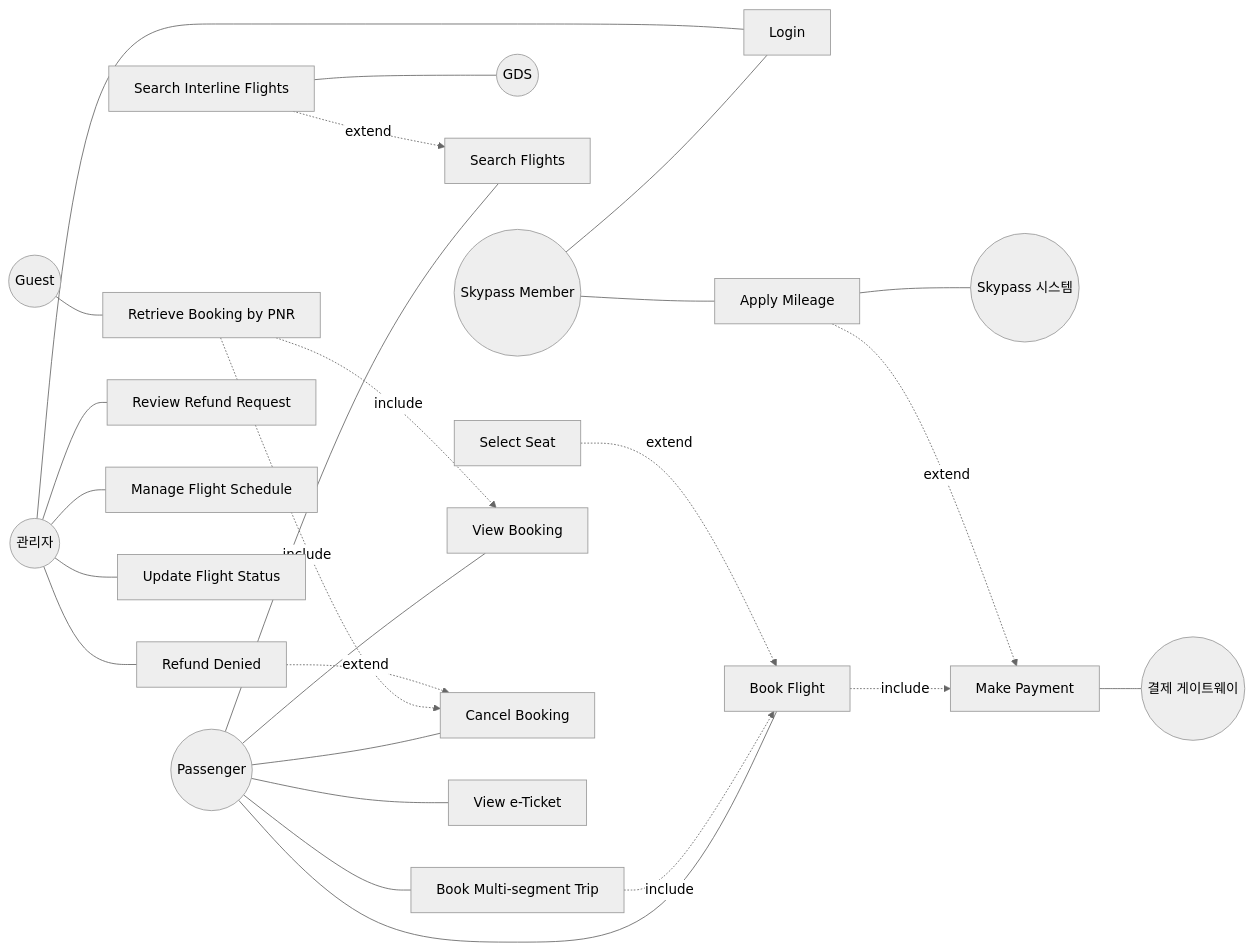
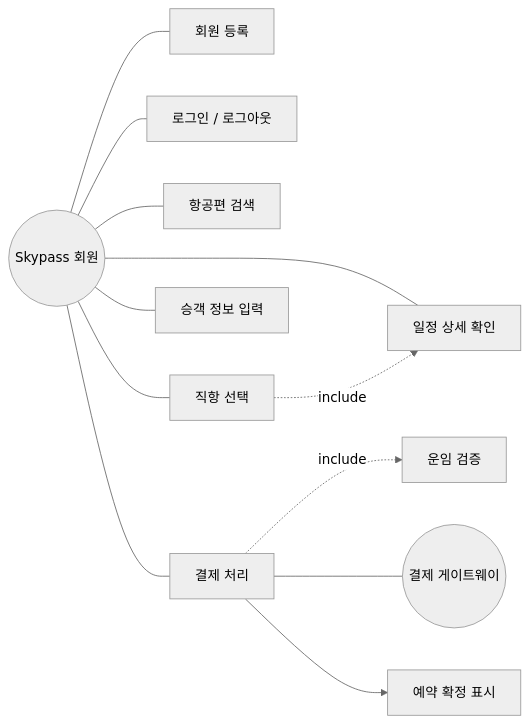
Before and after one commit to HANDONGLJH/KoreanAirReservationDomain: the second of 7 diagrams in docs/proposal-0/proposal-0-feature-inventory-ko.md, drawn with Mermaid (neutral theme). The commit also changed other lines of this file, not shown here.

Commit message:
docs(proposal-0/ko): scope UML diagrams to iteration 1

````diff
--- a/docs/proposal-0/proposal-0-feature-inventory-ko.md
+++ b/docs/proposal-0/proposal-0-feature-inventory-ko.md
@@ -278,53 +278,27 @@
 ```mermaid
 flowchart LR
-    Passenger((Passenger))
-    Member((Skypass Member))
-    Guest((Guest))
-    Admin((관리자))
+    Member((Skypass 회원))
     Payment((결제 게이트웨이))
-    Skypass((Skypass 시스템))
-    GDS((GDS))
 
-    UC1[Login]
-    UC2[Search Flights]
-    UC3[Book Flight]
-    UC4[Book Multi-segment Trip]
-    UC5[Select Seat]
-    UC6[Make Payment]
-    UC7[Apply Mileage]
-    UC8[View Booking]
-    UC9[Cancel Booking]
-    UC10[View e-Ticket]
-    UC11[Refund Denied]
-    UC12[Retrieve Booking by PNR]
-    UC13[Review Refund Request]
-    UC14[Manage Flight Schedule]
-    UC15[Update Flight Status]
-    UC16[Search Interline Flights]
+    UC1[회원 등록]
+    UC2[로그인 / 로그아웃]
+    UC3[항공편 검색]
+    UC4[직항 선택]
+    UC5[일정 상세 확인]
+    UC6[승객 정보 입력]
+    UC7[운임 검증]
+    UC8[결제 처리]
+    UC9[예약 확정 표시]
 
-    Passenger --- UC2
-    Passenger --- UC3
-    Passenger --- UC4
-    Passenger --- UC8
-    Passenger --- UC9
-    Passenger --- UC10
-    Guest --- UC12
     Member --- UC1
-    Member --- UC7
-    Admin --- UC1
-    Admin --- UC13
-    Admin --- UC14
-    Admin --- UC15
-    Admin --- UC11
-    UC6 --- Payment
-    UC7 --- Skypass
-    UC16 --- GDS
-    UC3 -. include .-> UC6
-    UC4 -. include .-> UC3
-    UC12 -. include .-> UC8
-    UC12 -. include .-> UC9
-    UC5 -. extend .-> UC3
-    UC7 -. extend .-> UC6
-    UC11 -. extend .-> UC9
-    UC16 -. extend .-> UC2
+    Member --- UC2
+    Member --- UC3
+    Member --- UC4
+    Member --- UC5
+    Member --- UC6
+    Member --- UC8
+    UC4 -. include .-> UC5
+    UC8 -. include .-> UC7
+    UC8 --- Payment
+    UC8 --> UC9
 ```
````
